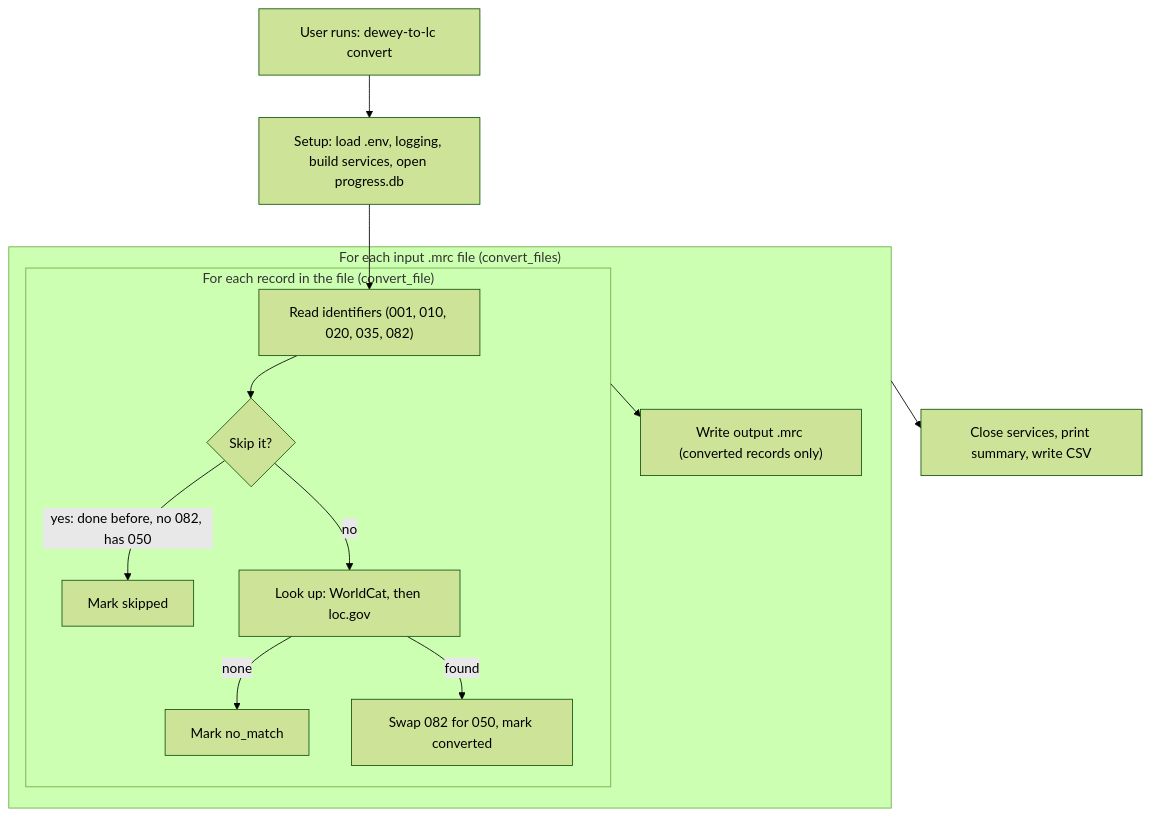
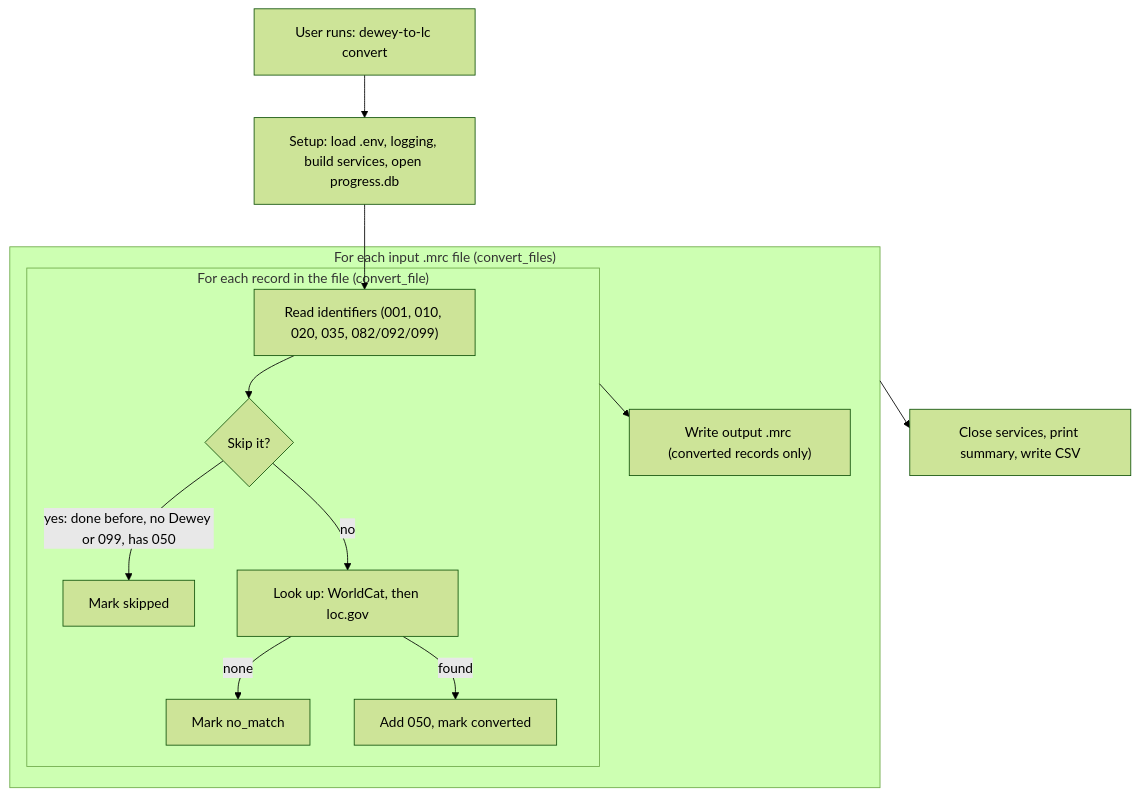
Before and after one commit to sclibraries/dewey-to-lc: the diagram in docs/worldcat-api.md, drawn with Mermaid (forest theme). The commit also changed other lines of this file and 7 other files, not shown here.

````diff
--- a/docs/worldcat-api.md
+++ b/docs/worldcat-api.md
@@ -169,16 +169,16 @@
 ```mermaid
 flowchart TD
     A["User runs: dewey-to-lc convert"] --> B["Setup: load .env, logging, build services, open progress.db"]
     B --> C
     subgraph F["For each input .mrc file (convert_files)"]
         subgraph R["For each record in the file (convert_file)"]
-            C["Read identifiers (001, 010, 020, 035, 082)"] --> D{"Skip it?"}
-            D -- "yes: done before, no 082, has 050" --> S["Mark skipped"]
+            C["Read identifiers (001, 010, 020, 035, 082/092/099)"] --> D{"Skip it?"}
+            D -- "yes: done before, no Dewey or 099, has 050" --> S["Mark skipped"]
             D -- no --> L["Look up: WorldCat, then loc.gov"]
             L -- none --> N["Mark no_match"]
-            L -- found --> V["Swap 082 for 050, mark converted"]
+            L -- found --> V["Add 050, mark converted"]
         end
         R --> W["Write output .mrc (converted records only)"]
     end
     F --> E["Close services, print summary, write CSV"]
 ```
````
